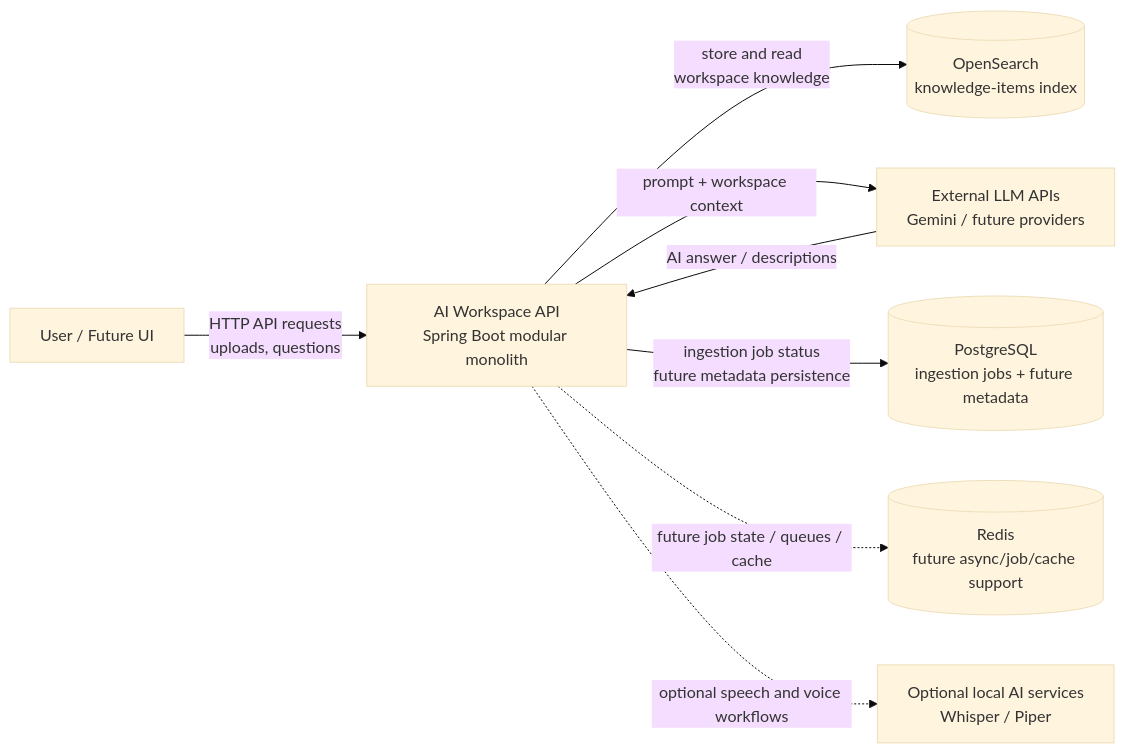
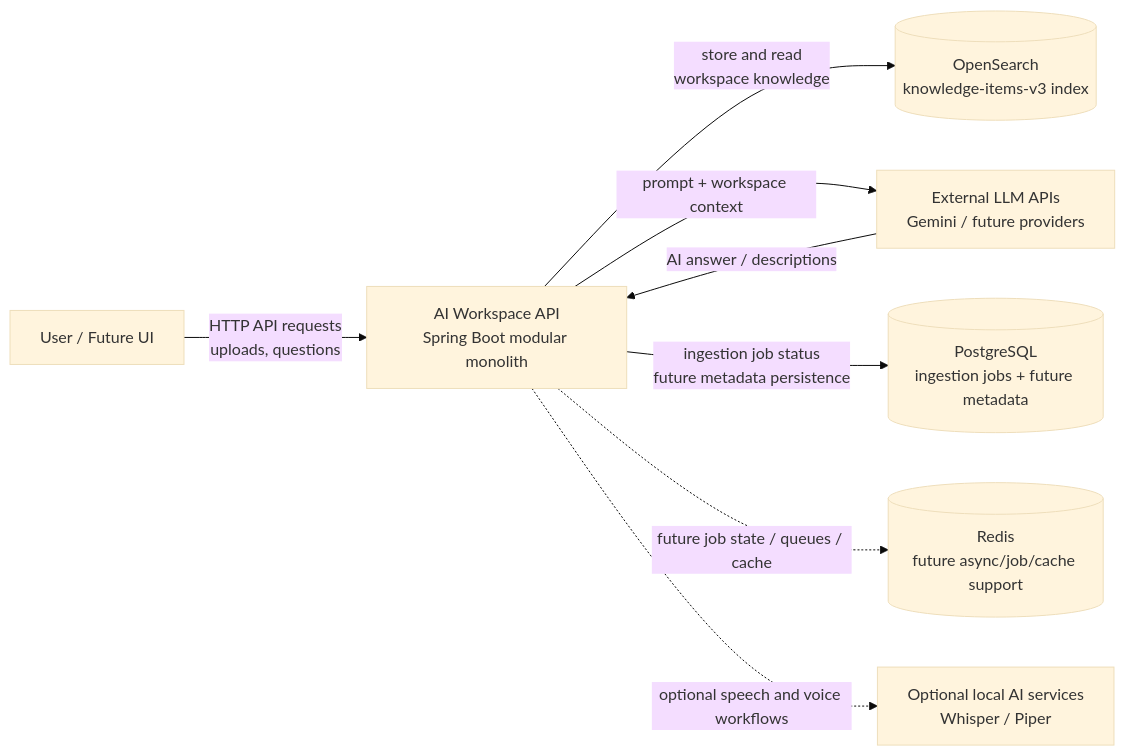
One commit to AndriyBanul/ai-workspace changed the first of 7 diagrams in docs/architecture-diagrams.md. Above: the diagram before and after it, drawn with Mermaid (base theme). The commit also changed other lines of this file and 65 other files, not shown here.

````diff
--- a/docs/architecture-diagrams.md
+++ b/docs/architecture-diagrams.md
@@ -12,18 +12,18 @@
 ```mermaid
 flowchart LR
     user["User / Future UI"]
     api["AI Workspace API\nSpring Boot modular monolith"]
     llm["External LLM APIs\nGemini / future providers"]
-    opensearch[("OpenSearch\nknowledge-items index")]
+    opensearch[("OpenSearch\nknowledge-items-v3 index")]
     postgres[("PostgreSQL\ningestion jobs + future metadata")]
     redis[("Redis\nfuture async/job/cache support")]
     localServices["Optional local AI services\nWhisper / Piper"]
 
     user -->|"HTTP API requests\nuploads, questions"| api
     api -->|"store and read\nworkspace knowledge"| opensearch
     api -->|"prompt + workspace context"| llm
     llm -->|"AI answer / descriptions"| api
     api -->|"ingestion job status\nfuture metadata persistence"| postgres
     api -.->|"future job state / queues / cache"| redis
     api -.->|"optional speech and voice workflows"| localServices
 ```
````
